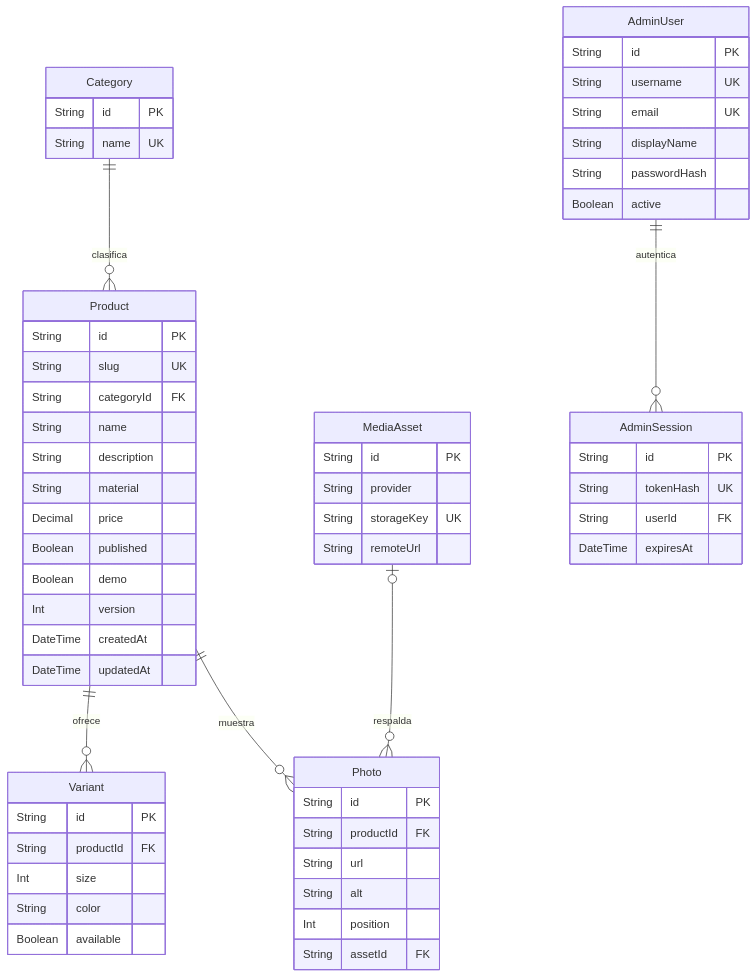
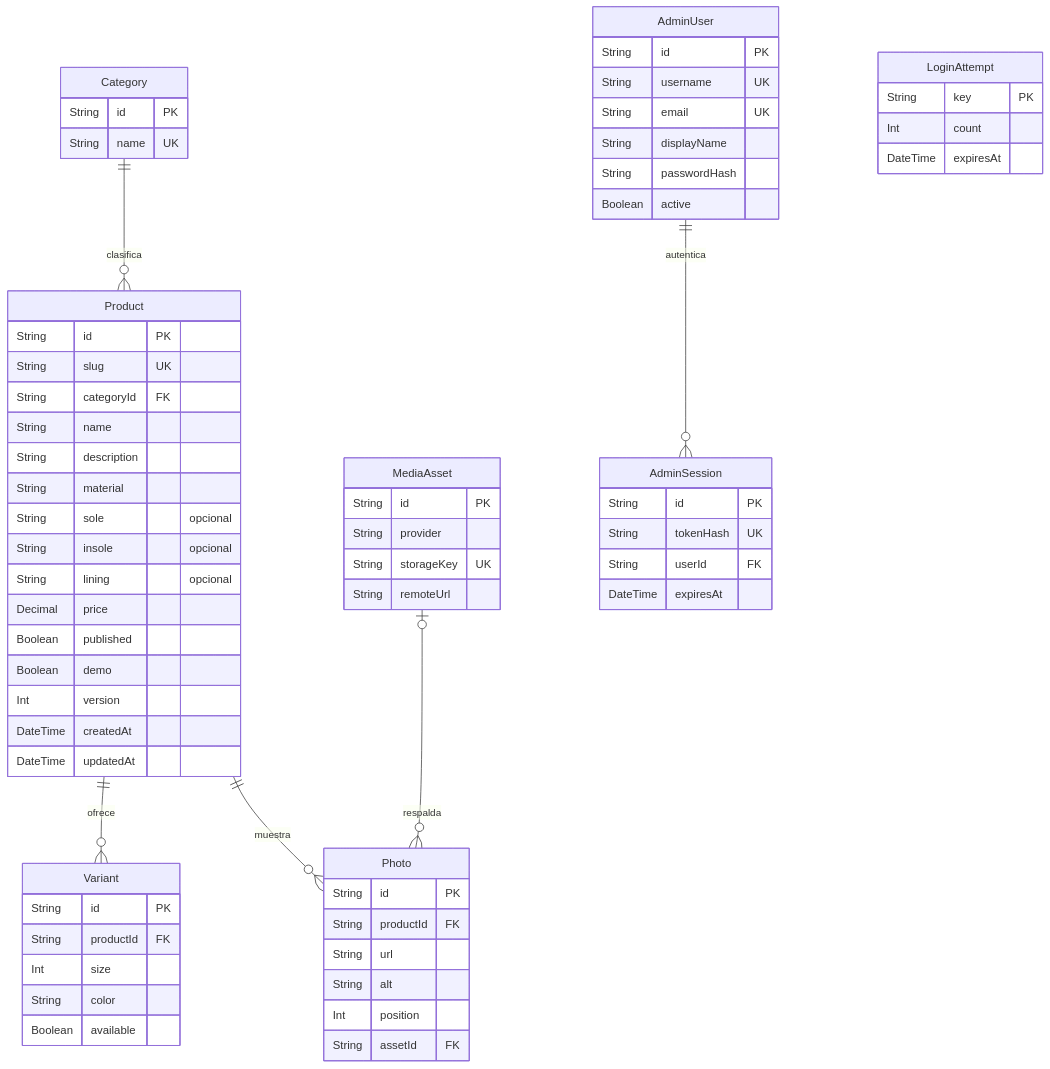
One commit to 14149492/top-walker changed the diagram in documento del proyecto/modelo-datos.md. Above: the diagram before and after it, drawn with Mermaid. The commit also changed other lines of this file and 69 other files, not shown here.

````diff
--- a/documento del proyecto/modelo-datos.md
+++ b/documento del proyecto/modelo-datos.md
@@ -7,61 +11,69 @@
 ```mermaid
 erDiagram
     Category ||--o{ Product : clasifica
     Product ||--o{ Variant : ofrece
     Product ||--o{ Photo : muestra
     MediaAsset o|--o{ Photo : respalda
     AdminUser ||--o{ AdminSession : autentica
     Category {
         String id PK
         String name UK
     }
     Product {
         String id PK
         String slug UK
         String categoryId FK
         String name
         String description
         String material
+        String sole "opcional"
+        String insole "opcional"
+        String lining "opcional"
         Decimal price
         Boolean published
         Boolean demo
         Int version
         DateTime createdAt
         DateTime updatedAt
     }
     Variant {
         String id PK
         String productId FK
         Int size
         String color
         Boolean available
     }
     Photo {
         String id PK
         String productId FK
         String url
         String alt
         Int position
         String assetId FK
     }
     AdminUser {
         String id PK
         String username UK
         String email UK
         String displayName
         String passwordHash
         Boolean active
     }
     AdminSession {
         String id PK
         String tokenHash UK
         String userId FK
         DateTime expiresAt
     }
     MediaAsset {
         String id PK
         String provider
         String storageKey UK
         String remoteUrl
     }
+    LoginAttempt {
+        String key PK
+        Int count
+        DateTime expiresAt
+    }
 ```
````
